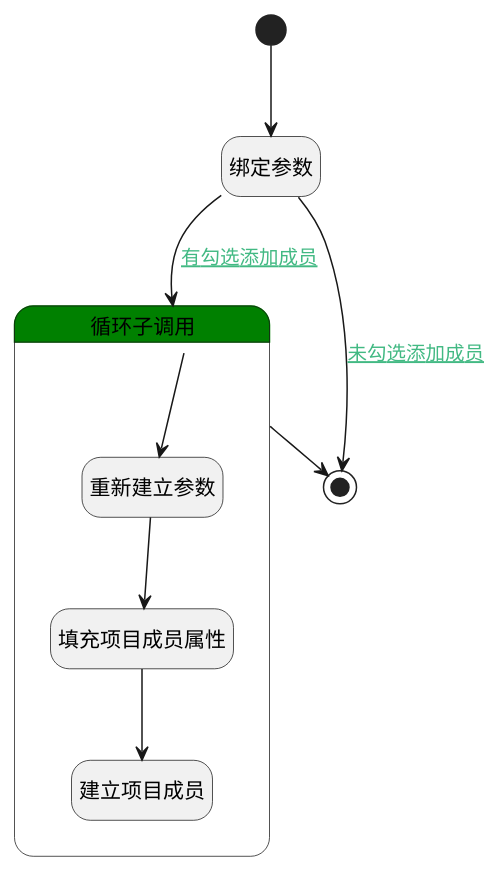
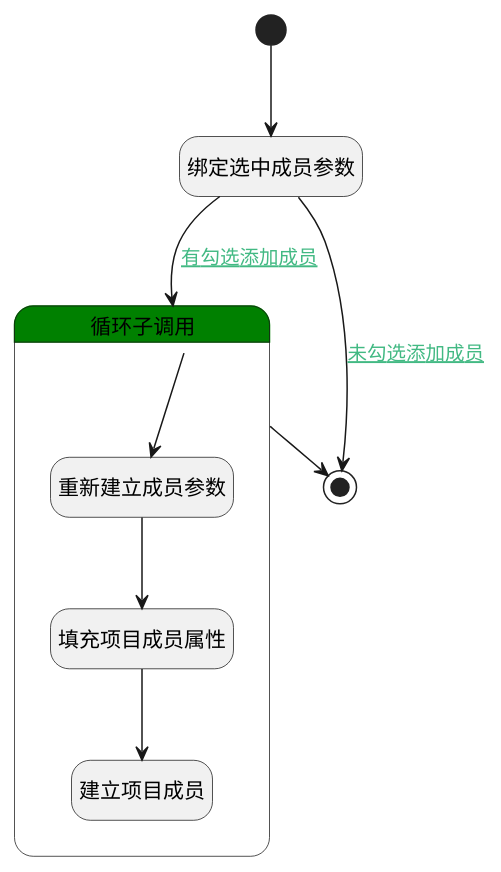
The diagram in doc/docsify/module/ProjMgmt/project_member/logic/create_project_member.md (iBizLab/plm), drawn with PlantUML before and after one commit. The commit also changed other lines of this file and 1778 other files, not shown here.

````diff
--- a/doc/docsify/module/ProjMgmt/project_member/logic/create_project_member.md
+++ b/doc/docsify/module/ProjMgmt/project_member/logic/create_project_member.md
@@ -7,31 +7,31 @@
 ```plantuml
 @startuml
 hide empty description
 <style>
 root {
   HyperlinkColor #42b983
 }
 </style>
 
 hide empty description
 state "开始" as Begin <<start>> [[$./create_project_member#begin {"开始"}]]
-state "绑定参数" as BINDPARAM1  [[$./create_project_member#bindparam1 {"绑定参数"}]]
+state "绑定选中成员参数" as BINDPARAM1  [[$./create_project_member#bindparam1 {"绑定选中成员参数"}]]
 state "结束" as END1 <<end>> [[$./create_project_member#end1 {"结束"}]]
 state "循环子调用" as LOOPSUBCALL1  [[$./create_project_member#loopsubcall1 {"循环子调用"}]] #green {
-state "重新建立参数" as RENEWPARAM1  [[$./create_project_member#renewparam1 {"重新建立参数"}]]
+state "重新建立成员参数" as RENEWPARAM1  [[$./create_project_member#renewparam1 {"重新建立成员参数"}]]
 state "填充项目成员属性" as PREPAREPARAM1  [[$./create_project_member#prepareparam1 {"填充项目成员属性"}]]
 state "建立项目成员" as DEACTION1  [[$./create_project_member#deaction1 {"建立项目成员"}]]
 }
 
 
 Begin --> BINDPARAM1
 BINDPARAM1 --> LOOPSUBCALL1 : [[$./create_project_member#bindparam1-loopsubcall1{有勾选添加成员} 有勾选添加成员]]
 LOOPSUBCALL1 --> RENEWPARAM1
 RENEWPARAM1 --> PREPAREPARAM1
 PREPAREPARAM1 --> DEACTION1
 LOOPSUBCALL1 --> END1
 BINDPARAM1 --> END1 : [[$./create_project_member#bindparam1-end1{未勾选添加成员} 未勾选添加成员]]
 
 
 @enduml
 ```
````
